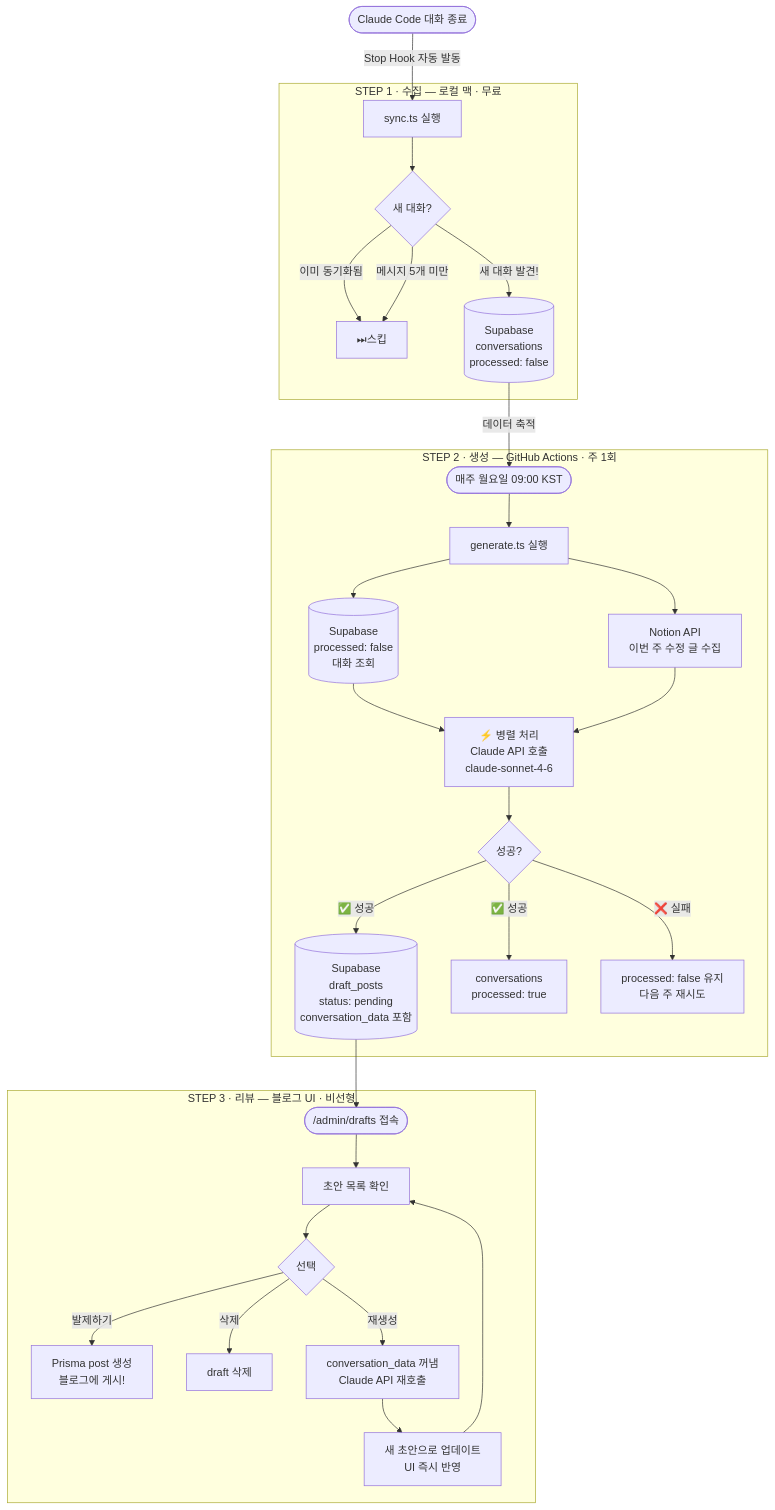
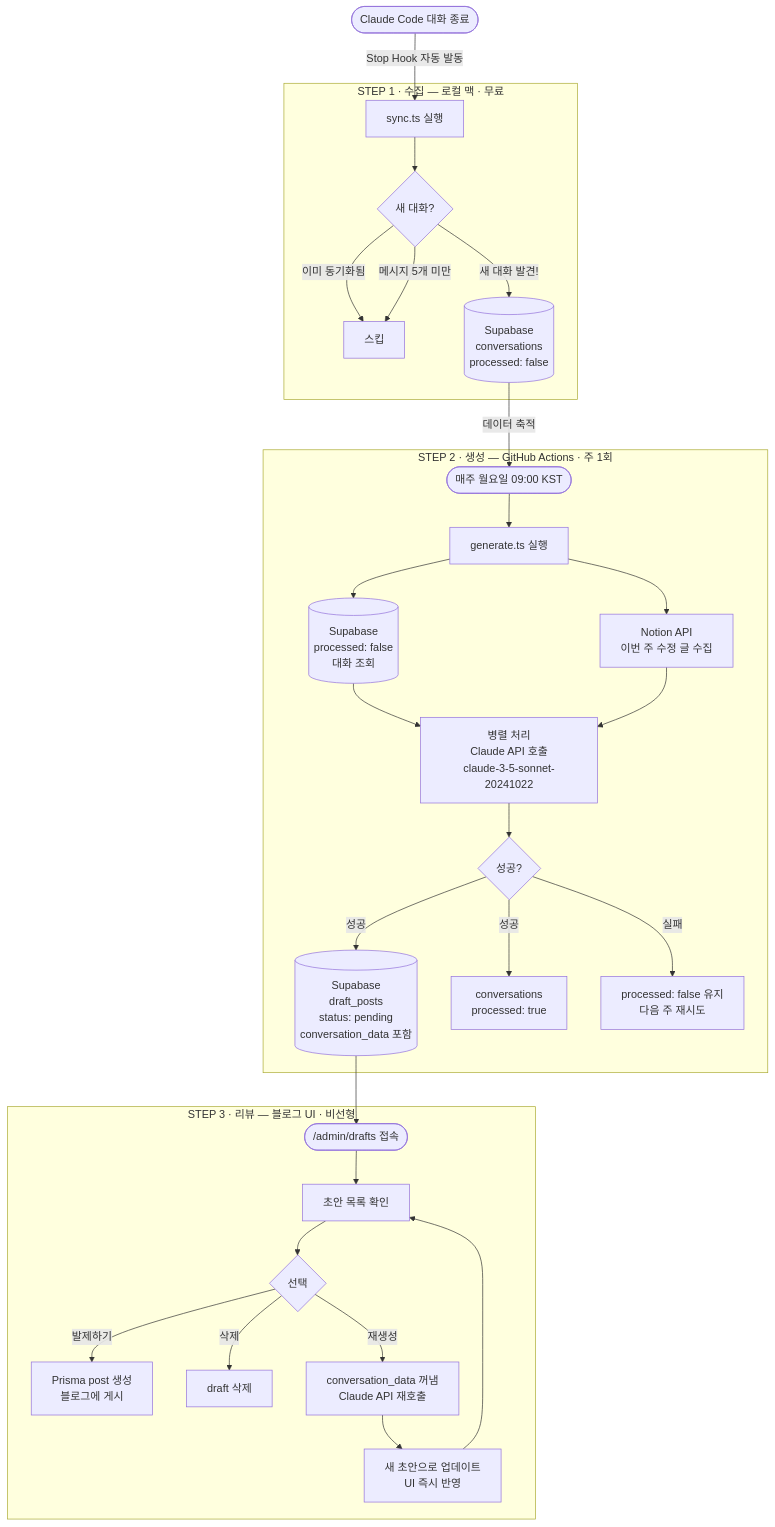
One commit to hov-i/auto-blog-posting changed the first of 3 diagrams in README.md. Above: the diagram before and after it, drawn with Mermaid. The commit also changed other lines of this file and 5 other files, not shown here.

````diff
--- a/README.md
+++ b/README.md
@@ -9,40 +9,40 @@
 ```mermaid
 flowchart TD
     A([Claude Code 대화 종료]) -->|Stop Hook 자동 발동| B
 
     subgraph STEP1["STEP 1 · 수집 — 로컬 맥 · 무료"]
         B[sync.ts 실행]
         B --> C{새 대화?}
-        C -->|이미 동기화됨| D[⏭스킵]
+        C -->|이미 동기화됨| D[스킵]
         C -->|메시지 5개 미만| D
         C -->|새 대화 발견!| E[(Supabase\nconversations\nprocessed: false)]
     end
 
     E -->|데이터 축적| F
 
     subgraph STEP2["STEP 2 · 생성 — GitHub Actions · 주 1회"]
         F([매주 월요일 09:00 KST])
         F --> G[generate.ts 실행]
         G --> H[(Supabase\nprocessed: false\n대화 조회)]
         G --> I[Notion API\n이번 주 수정 글 수집]
-        H --> J["⚡ 병렬 처리\nClaude API 호출\nclaude-sonnet-4-6"]
+        H --> J["병렬 처리\nClaude API 호출\nclaude-3-5-sonnet-20241022"]
         I --> J
         J --> K{성공?}
-        K -->|✅ 성공| L[(Supabase\ndraft_posts\nstatus: pending\nconversation_data 포함)]
-        K -->|✅ 성공| M[conversations\nprocessed: true]
-        K -->|❌ 실패| N[processed: false 유지\n다음 주 재시도]
+        K -->|성공| L[(Supabase\ndraft_posts\nstatus: pending\nconversation_data 포함)]
+        K -->|성공| M[conversations\nprocessed: true]
+        K -->|실패| N[processed: false 유지\n다음 주 재시도]
     end
 
     L --> O
 
     subgraph STEP3["STEP 3 · 리뷰 — 블로그 UI · 비선형"]
         O([/admin/drafts 접속])
         O --> P[초안 목록 확인]
         P --> Q{선택}
-        Q -->|발제하기| R[Prisma post 생성\n블로그에 게시!]
+        Q -->|발제하기| R[Prisma post 생성\n블로그에 게시]
         Q -->|삭제| S[draft 삭제]
         Q -->|재생성| T[conversation_data 꺼냄\nClaude API 재호출]
         T --> U[새 초안으로 업데이트\nUI 즉시 반영]
         U --> P
     end
 ```
````
